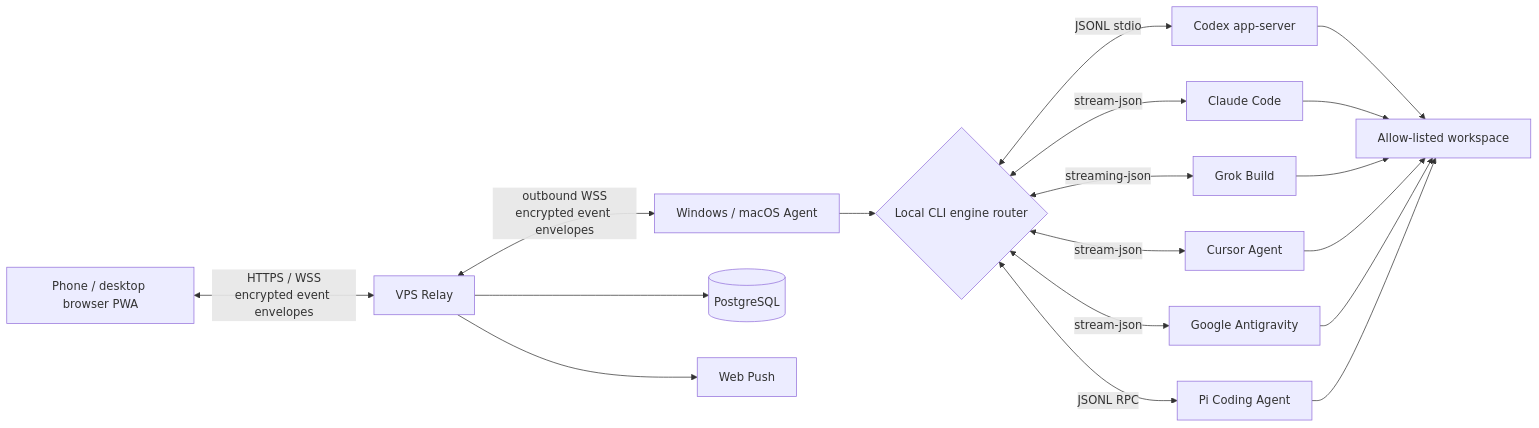
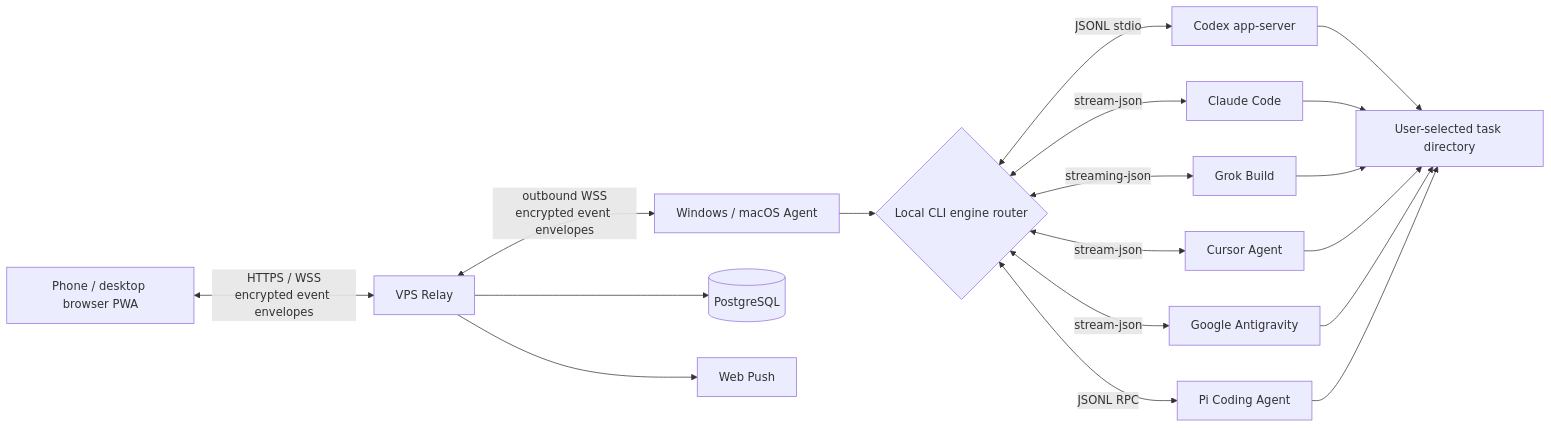
One commit to demonrain/anytimevibe changed the diagram in README.en.md. Above: the diagram before and after it, drawn with Mermaid. The commit also changed other lines of this file and 54 other files, not shown here.

Commit message:
feat: add task directory picker and relayed client updates

````diff
--- a/README.en.md
+++ b/README.en.md
@@ -102,20 +100,20 @@
 ```mermaid
 flowchart LR
     PWA[Phone / desktop browser PWA] <-->|HTTPS / WSS<br/>encrypted event envelopes| Relay[VPS Relay]
     Relay <-->|outbound WSS<br/>encrypted event envelopes| Agent[Windows / macOS Agent]
     Agent --> Router{Local CLI engine router}
     Router <-->|JSONL stdio| Codex[Codex app-server]
     Router <-->|stream-json| Claude[Claude Code]
     Router <-->|streaming-json| Grok[Grok Build]
     Router <-->|stream-json| Cursor[Cursor Agent]
     Router <-->|stream-json| Antigravity[Google Antigravity]
     Router <-->|JSONL RPC| Pi[Pi Coding Agent]
-    Codex --> Workspace[Allow-listed workspace]
+    Codex --> Workspace[User-selected task directory]
     Claude --> Workspace
     Grok --> Workspace
     Cursor --> Workspace
     Antigravity --> Workspace
     Pi --> Workspace
     Relay --> DB[(PostgreSQL)]
     Relay --> Push[Web Push]
 ```
````
